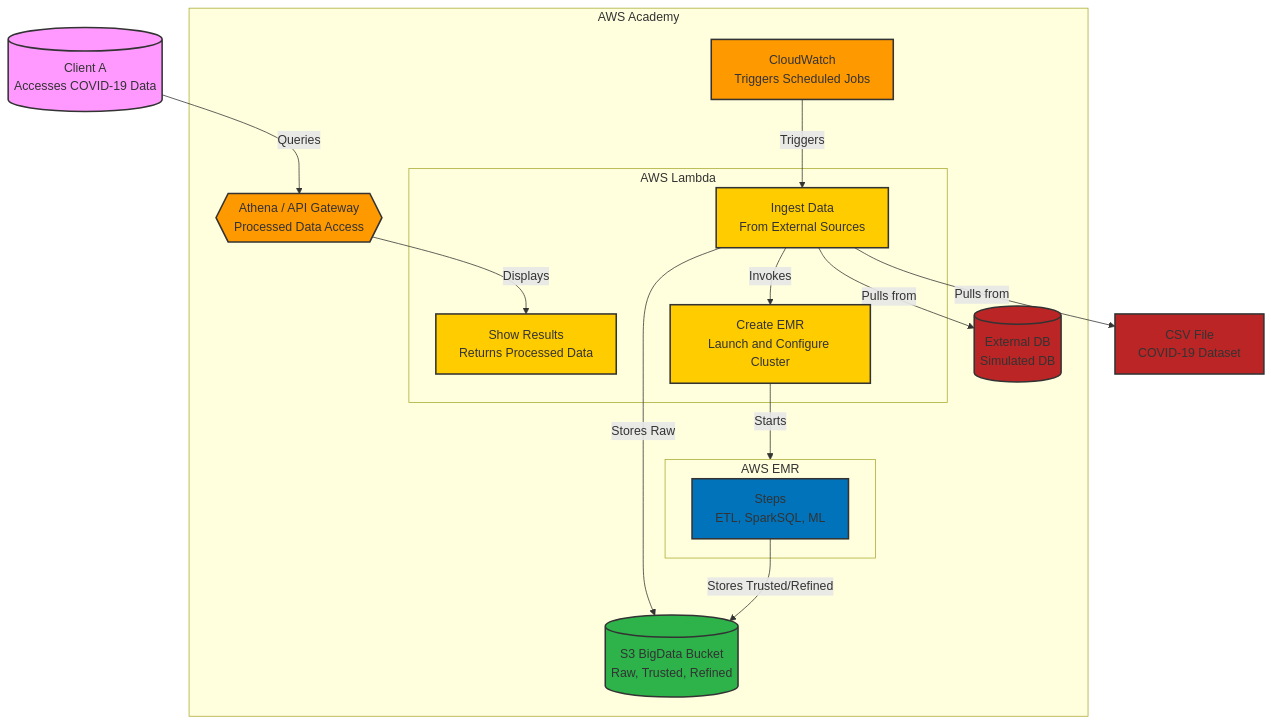
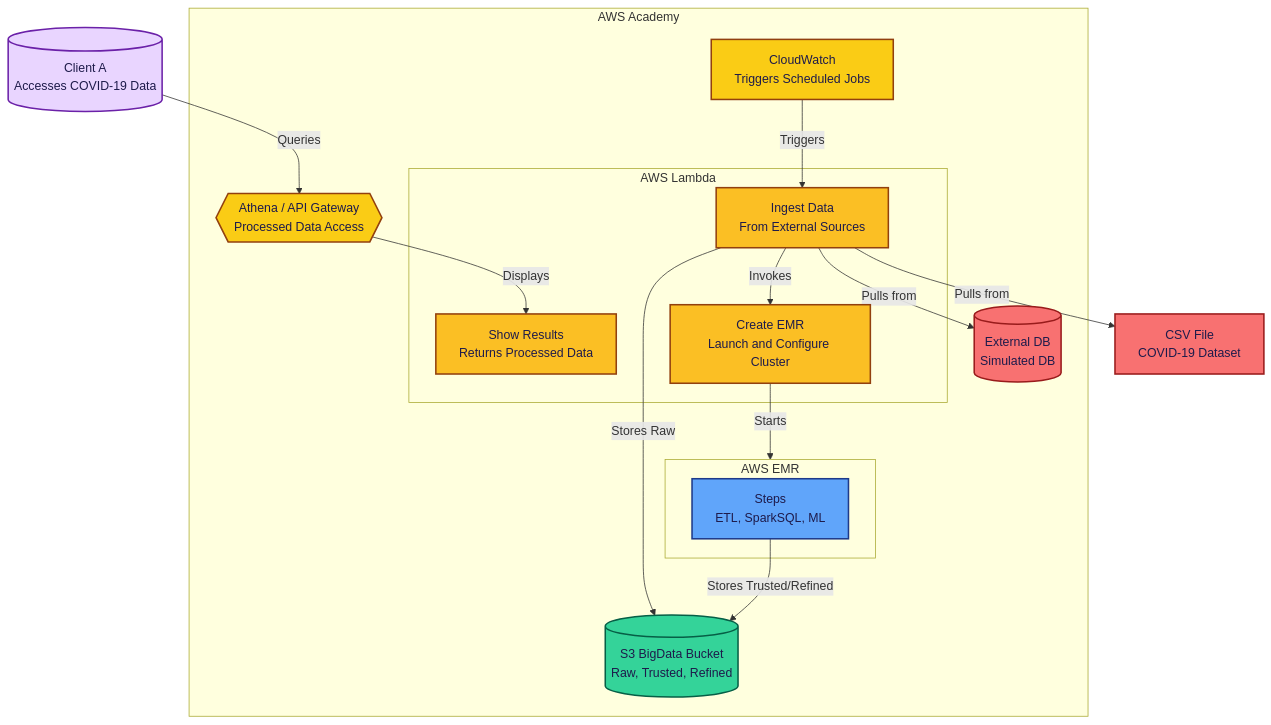
The diagram in README.md (julianvb03/TET-Proyect3-BigData), drawn with Mermaid before and after one commit.

Commit message:
Update README.md
The diagram has been improved for better readability

````diff
--- a/README.md
+++ b/README.md
@@ -10,37 +10,39 @@
 ```mermaid
 graph TD
     Client[("Client A<br>Accesses COVID-19 Data")]:::client
     subgraph AWS_Academy[AWS Academy]
         Athena{{"Athena / API Gateway<br>Processed Data Access"}}:::awsService
         CloudWatch["CloudWatch<br>Triggers Scheduled Jobs"]:::awsService
         S3[("S3 BigData Bucket<br>Raw, Trusted, Refined")]:::awsStorage
         subgraph Lambda[AWS Lambda]
             ShowResults["Show Results<br>Returns Processed Data"]:::lambda
             IngestData["Ingest Data<br>From External Sources"]:::lambda
             CreateEMR["Create EMR<br>Launch and Configure Cluster"]:::lambda
         end
         subgraph EMR[AWS EMR]
             Steps["Steps<br>ETL, SparkSQL, ML"]:::emr
         end
 
         ExternalDB[("External DB<br>Simulated DB")]:::external
     end
     ArchivoCSV["CSV File<br>COVID-19 Dataset"]:::external
 
     Client -->|Queries| Athena
     Athena -->|Displays| ShowResults
     IngestData -->|Stores Raw| S3
     Steps -->|Stores Trusted/Refined| S3
     CloudWatch -->|Triggers| IngestData
     IngestData -->|Invokes| CreateEMR
     CreateEMR -->|Starts| EMR
     IngestData -->|Pulls from| ArchivoCSV
     IngestData -->|Pulls from| ExternalDB
 
-    classDef client fill:#f9f,stroke:#333,stroke-width:2px;
-    classDef awsService fill:#ff9900,stroke:#333,stroke-width:2px;
-    classDef awsStorage fill:#2db34a,stroke:#333,stroke-width:2px;
-    classDef lambda fill:#ffcc00,stroke:#333,stroke-width:2px;
-    classDef emr fill:#0073bb,stroke:#333,stroke-width:2px;
-    classDef external fill:#bb2525,stroke:#333,stroke-width:2px;
+    %% Estilos mejorados
+    classDef client fill:#E9D5FF,stroke:#6B21A8,stroke-width:2px,color:#1E1B4B;
+    classDef awsService fill:#FACC15,stroke:#92400E,stroke-width:2px,color:#1E1B4B;
+    classDef awsStorage fill:#34D399,stroke:#065F46,stroke-width:2px,color:#1E1B4B;
+    classDef lambda fill:#FBBF24,stroke:#92400E,stroke-width:2px,color:#1E1B4B;
+    classDef emr fill:#60A5FA,stroke:#1E3A8A,stroke-width:2px,color:#1E1B4B;
+    classDef external fill:#F87171,stroke:#991B1B,stroke-width:2px,color:#1E1B4B;
+
 ```
````
